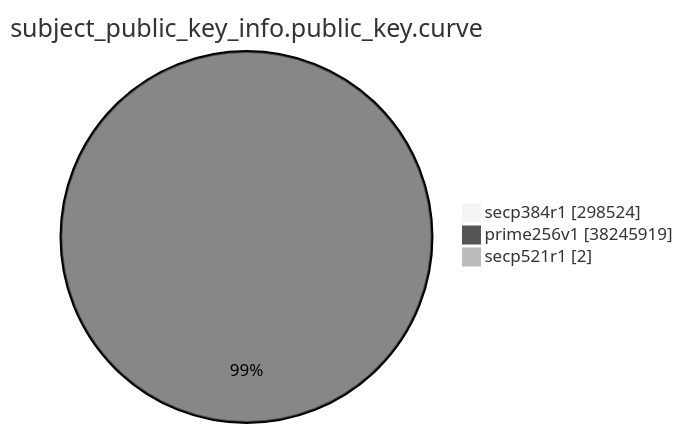
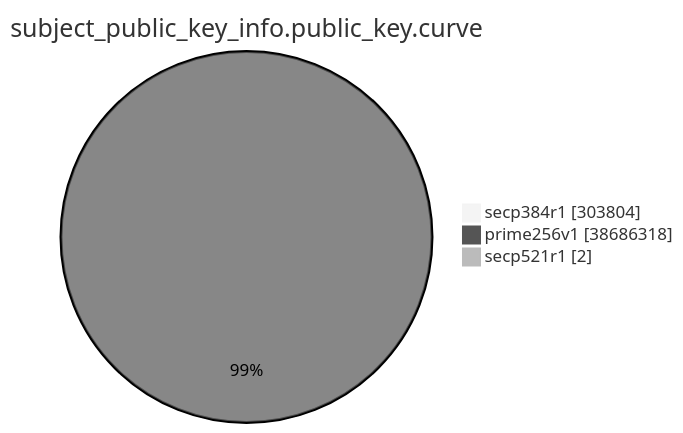
One commit to christiankrug/ctmonitor_visualization changed the eighth of 15 diagrams in xenon2023/README.md. Above: the diagram before and after it, drawn with Mermaid (neutral theme). The commit also changed other lines of this file, not shown here.

````diff
--- a/xenon2023/README.md
+++ b/xenon2023/README.md
@@ -2165,7 +2171,7 @@
 ```mermaid
 pie showData
 title subject_public_key_info.public_key.curve
-"secp384r1" :298524
-"prime256v1" :38245919
+"secp384r1" :303804
+"prime256v1" :38686318
 "secp521r1" :2
 ```
````
